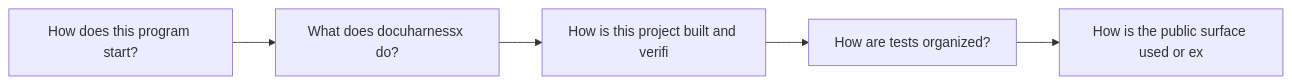
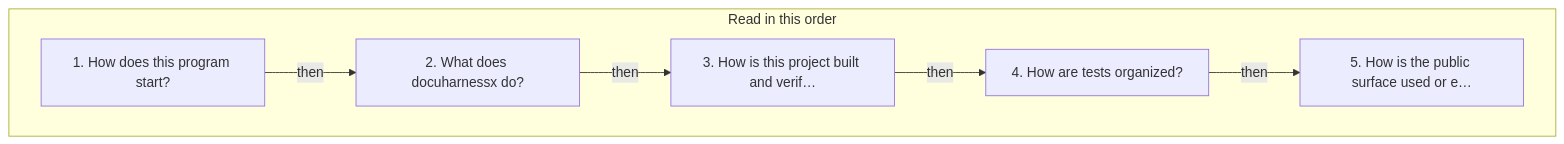
Before and after one commit to norandom/DocuHarnessX: the first of 9 diagrams in docs/index.md, drawn with Mermaid. The commit also changed other lines of this file and 16 other files, not shown here.

First line of the commit message:
feat(comprehension-visuals): enterprise C4-style architecture diagrams

````diff
--- a/docs/index.md
+++ b/docs/index.md
@@ -37,12 +39,20 @@
 ```mermaid
 flowchart LR
-  p0["How does this program start?"]
-  p1["What does docuharnessx do?"]
-  p2["How is this project built and verifi"]
-  p3["How are tests organized?"]
-  p4["How is the public surface used or ex"]
-  p0 --> p1
-  p1 --> p2
-  p2 --> p3
-  p3 --> p4
+  subgraph path["Read in this order"]
+    direction LR
+    p0["1. How does this program start?"]
+    p1["2. What does docuharnessx do?"]
+    p2["3. How is this project built and verif…"]
+    p3["4. How are tests organized?"]
+    p4["5. How is the public surface used or e…"]
+  end
+  p0 -->|"then"| p1
+  p1 -->|"then"| p2
+  p2 -->|"then"| p3
+  p3 -->|"then"| p4
+  classDef actor fill:#0F172A,stroke:#020617,color:#FFFFFF
+  classDef system fill:#1E3A8A,stroke:#1E3A8A,color:#FFFFFF
+  classDef container fill:#EEF2FF,stroke:#1E3A8A,color:#0F172A
+  classDef external fill:#F8FAFC,stroke:#64748B,color:#0F172A
+  classDef store fill:#E2E8F0,stroke:#334155,color:#0F172A
 ```
````
